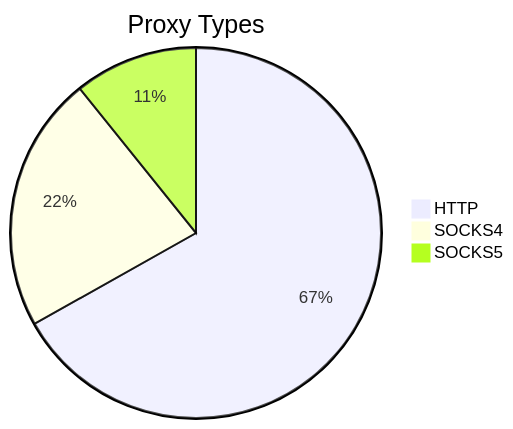
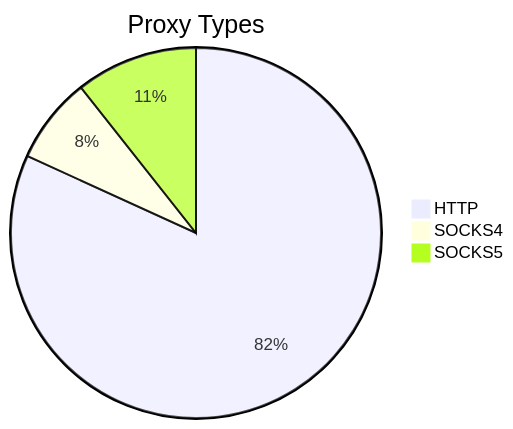
Before and after one commit to stormsia/proxy-list: the first of 2 diagrams in README.md, drawn with Mermaid. The commit also changed other lines of this file, not shown here.

````diff
--- a/README.md
+++ b/README.md
@@ -21,6 +21,6 @@
 ```mermaid
 pie title Proxy Types
-    "HTTP" : 496
-    "SOCKS4" : 166
-    "SOCKS5" : 80
+    "HTTP" : 315
+    "SOCKS4" : 29
+    "SOCKS5" : 41
 ```
````
